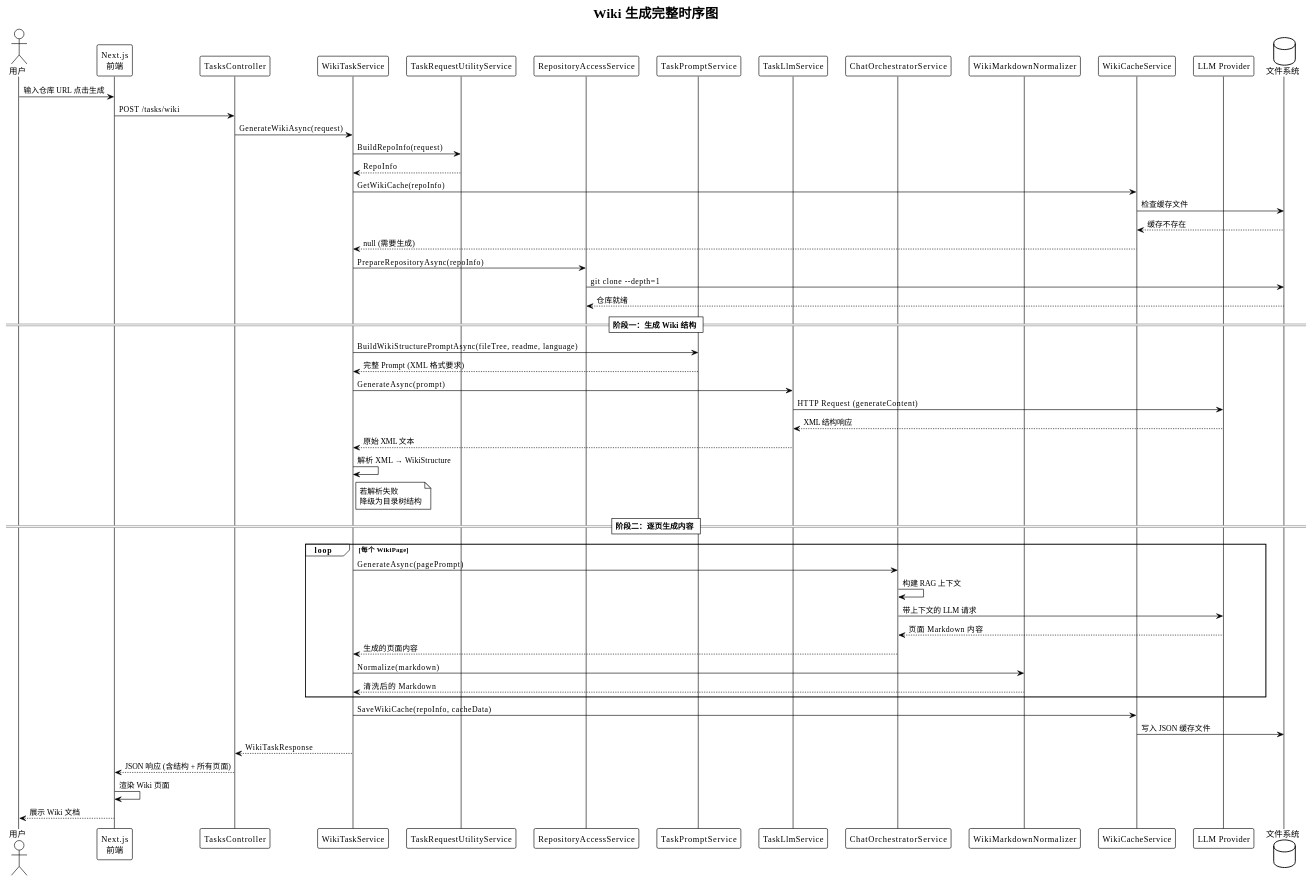
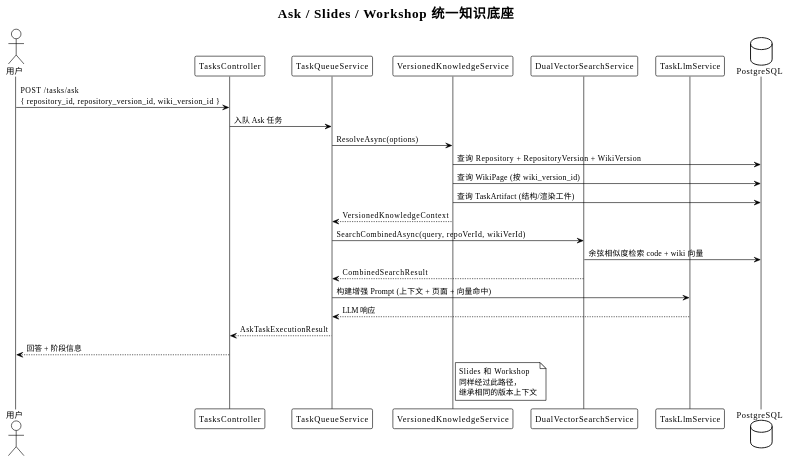
One commit to daohunliwei/Heimdall changed the sixth of 7 diagrams in doc/architecture/backend-architecture.md. Above: the diagram before and after it, drawn with PlantUML. The commit also changed other lines of this file and 3 other files, not shown here.

````diff
--- a/doc/architecture/backend-architecture.md
+++ b/doc/architecture/backend-architecture.md
@@ -565,70 +521,36 @@
 ```plantuml
 @startuml
 !theme plain
-title Wiki 生成完整时序图
+title Ask / Slides / Workshop 统一知识底座
 
-actor 用户 as User
-participant "Next.js\n前端" as FE
+actor 用户
 participant "TasksController" as TC
-participant "WikiTaskService" as WTS
-participant "TaskRequestUtilityService" as TRUS
-participant "RepositoryAccessService" as RAS
-participant "TaskPromptService" as TPS
+participant "TaskQueueService" as TQS
+participant "VersionedKnowledgeService" as VKS
+participant "DualVectorSearchService" as DVSS
 participant "TaskLlmService" as TLS
-participant "ChatOrchestratorService" as COS
-participant "WikiMarkdownNormalizer" as WMN
-participant "WikiCacheService" as WCS
-participant "LLM Provider" as LLM
-database "文件系统" as FS
+database "PostgreSQL" as DB
 
-User -> FE : 输入仓库 URL 点击生成
-FE -> TC : POST /tasks/wiki
-TC -> WTS : GenerateWikiAsync(request)
-WTS -> TRUS : BuildRepoInfo(request)
-TRUS --> WTS : RepoInfo
+用户 -> TC : POST /tasks/ask\n{ repository_id, repository_version_id, wiki_version_id }
+TC -> TQS : 入队 Ask 任务
+TQS -> VKS : ResolveAsync(options)
+VKS -> DB : 查询 Repository + RepositoryVersion + WikiVersion
+VKS -> DB : 查询 WikiPage (按 wiki_version_id)
+VKS -> DB : 查询 TaskArtifact (结构/渲染工件)
+VKS --> TQS : VersionedKnowledgeContext
+TQS -> DVSS : SearchCombinedAsync(query, repoVerId, wikiVerId)
+DVSS -> DB : 余弦相似度检索 code + wiki 向量
+DVSS --> TQS : CombinedSearchResult
+TQS -> TLS : 构建增强 Prompt (上下文 + 页面 + 向量命中)
+TLS --> TQS : LLM 响应
+TQS --> TC : AskTaskExecutionResult
+TC --> 用户 : 回答 + 阶段信息
 
-WTS -> WCS : GetWikiCache(repoInfo)
-WCS -> FS : 检查缓存文件
-FS --> WCS : 缓存不存在
-WCS --> WTS : null (需要生成)
-
-WTS -> RAS : PrepareRepositoryAsync(repoInfo)
-RAS -> FS : git clone --depth=1
-FS --> RAS : 仓库就绪
-
-== 阶段一：生成 Wiki 结构 ==
-
-WTS -> TPS : BuildWikiStructurePromptAsync(fileTree, readme, language)
-TPS --> WTS : 完整 Prompt (XML 格式要求)
-
-WTS -> TLS : GenerateAsync(prompt)
-TLS -> LLM : HTTP Request (generateContent)
-LLM --> TLS : XML 结构响应
-TLS --> WTS : 原始 XML 文本
-
-WTS -> WTS : 解析 XML → WikiStructure
-note right of WTS : 若解析失败\n降级为目录树结构
-
-== 阶段二：逐页生成内容 ==
-
-loop 每个 WikiPage
-  WTS -> COS : GenerateAsync(pagePrompt)
-  COS -> COS : 构建 RAG 上下文
-  COS -> LLM : 带上下文的 LLM 请求
-  LLM --> COS : 页面 Markdown 内容
-  COS --> WTS : 生成的页面内容
-
-  WTS -> WMN : Normalize(markdown)
-  WMN --> WTS : 清洗后的 Markdown
-end
-
-WTS -> WCS : SaveWikiCache(repoInfo, cacheData)
-WCS -> FS : 写入 JSON 缓存文件
-
-WTS --> TC : WikiTaskResponse
-TC --> FE : JSON 响应 (含结构 + 所有页面)
-FE -> FE : 渲染 Wiki 页面
-FE --> User : 展示 Wiki 文档
+note right of VKS
+  Slides 和 Workshop
+  同样经过此路径，
+  继承相同的版本上下文
+end note
 
 @enduml
 ```
````
